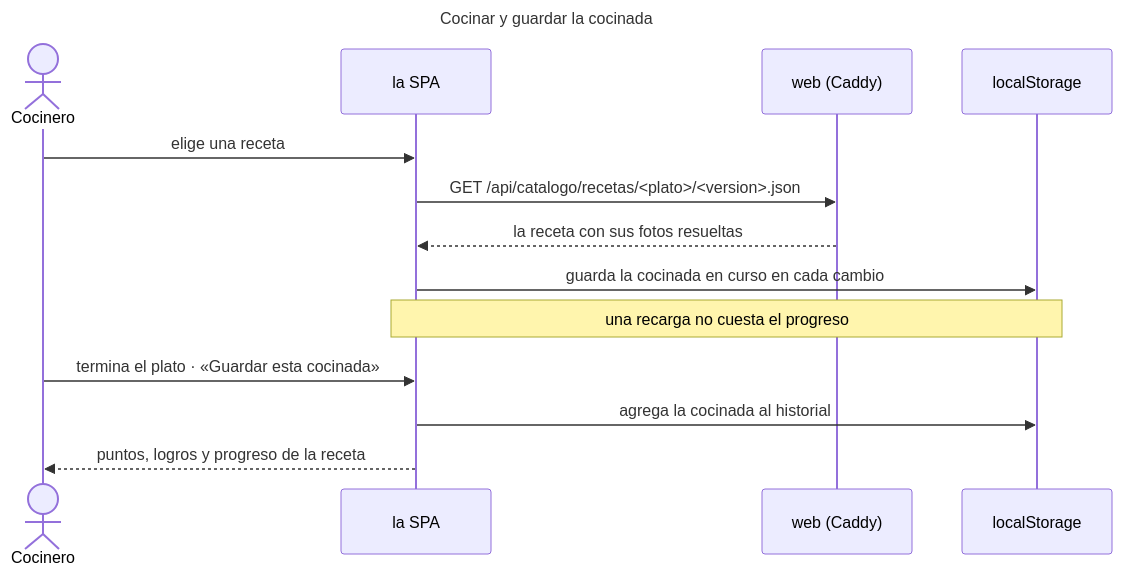
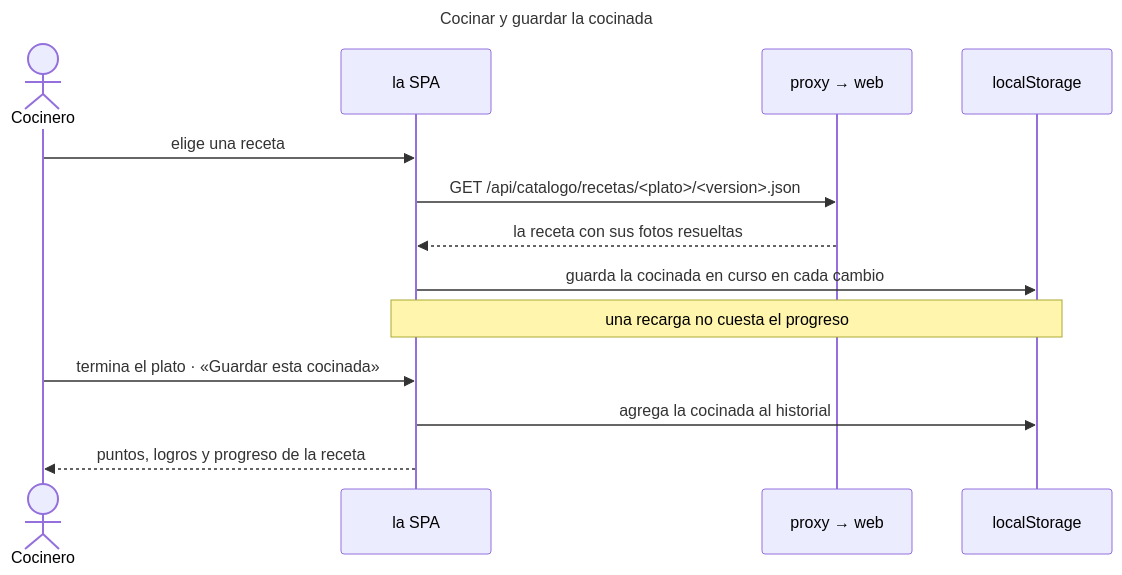
One commit to carlos-illobre/cocinadas changed the third of 4 diagrams in docs/ARCHITECTURE.md. Above: the diagram before and after it, drawn with Mermaid. The commit also changed other lines of this file and 23 other files, not shown here.

````diff
--- a/docs/ARCHITECTURE.md
+++ b/docs/ARCHITECTURE.md
@@ -88,16 +105,16 @@
 ```mermaid
 sequenceDiagram
   title Cocinar y guardar la cocinada
   actor C as Cocinero
   participant F as la SPA
-  participant W as web (Caddy)
+  participant W as proxy → web
   participant L as localStorage
   C->>F: elige una receta
   F->>W: GET /api/catalogo/recetas/<plato>/<version>.json
   W-->>F: la receta con sus fotos resueltas
   F->>L: guarda la cocinada en curso en cada cambio
   Note over F,L: una recarga no cuesta el progreso
   C->>F: termina el plato · «Guardar esta cocinada»
   F->>L: agrega la cocinada al historial
   F-->>C: puntos, logros y progreso de la receta
 ```
````
